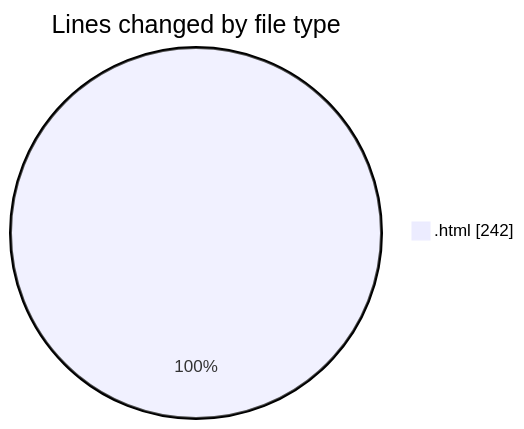
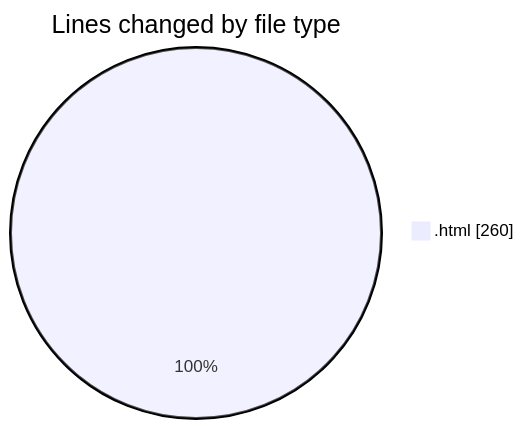
Before and after one commit to LanceThiago/code-tracking: the first of 2 diagrams in 2025-01-08/nueva_carpeta/README.md, drawn with Mermaid. The commit also changed other lines of this file and 1 other file, not shown here.

````diff
--- a/2025-01-08/nueva_carpeta/README.md
+++ b/2025-01-08/nueva_carpeta/README.md
@@ -20,5 +20,5 @@
 ```mermaid
 pie showData
 title Lines changed by file type
-".html" : 242
+".html" : 260
 ```
````
